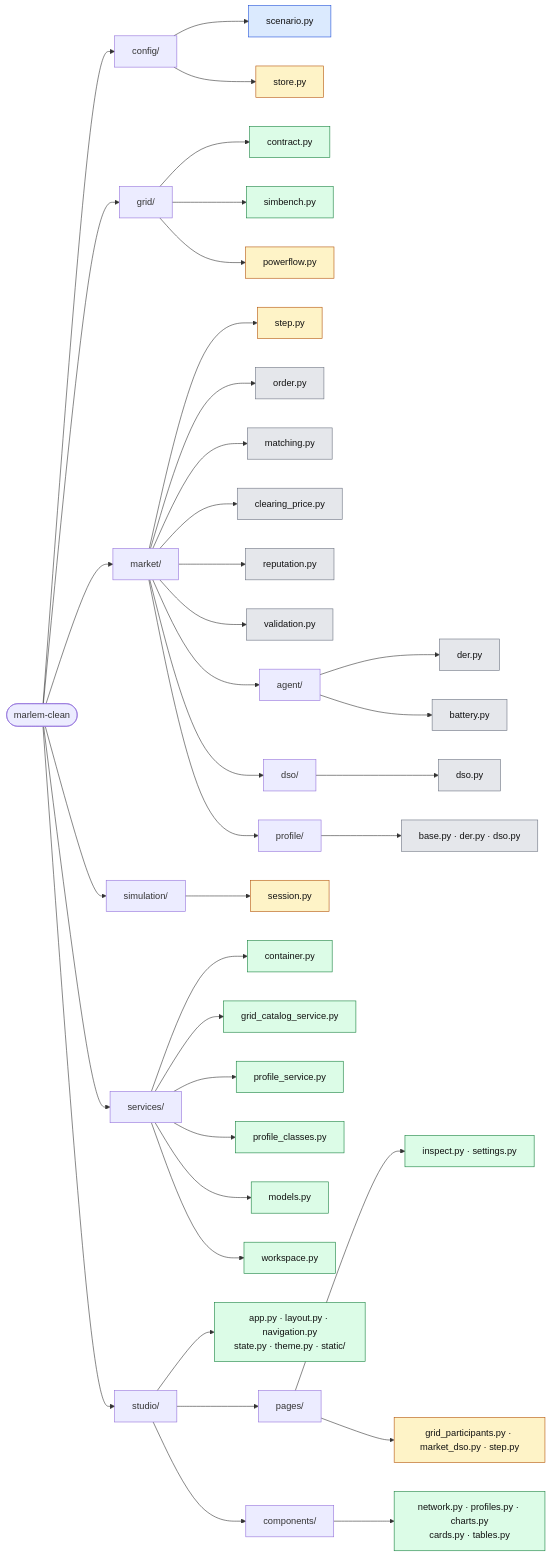
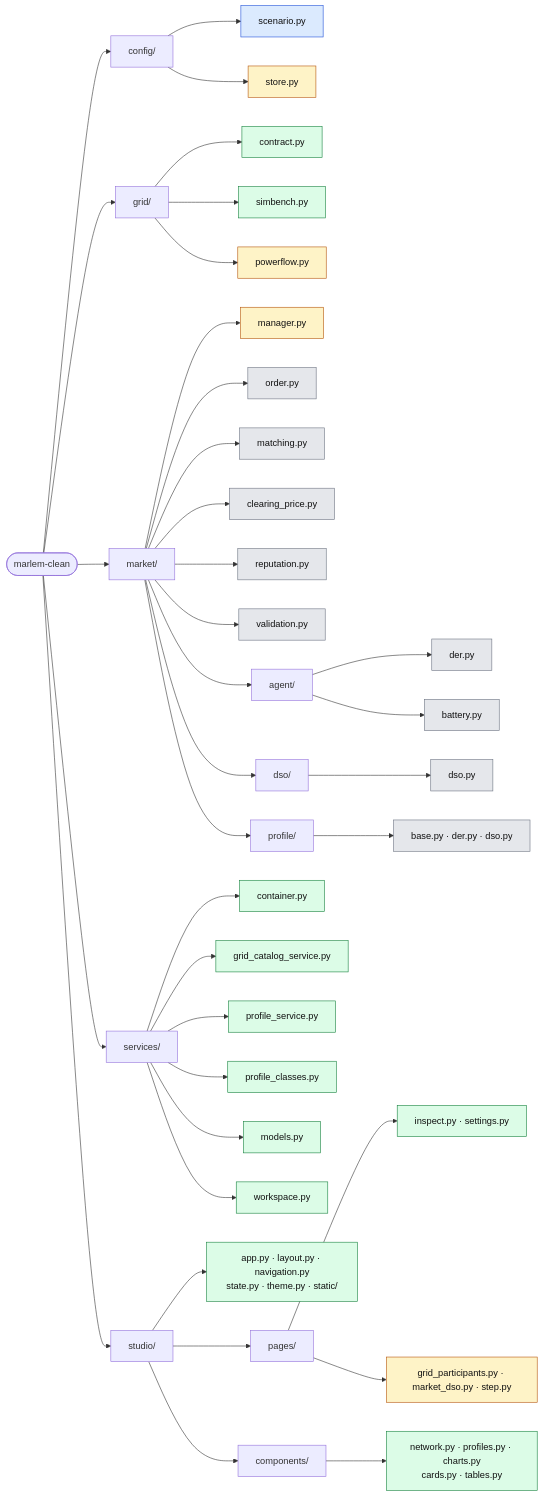
One commit to KevinRapo/P2P-thesis changed the diagram in docs/structure.md. Above: the diagram before and after it, drawn with Mermaid. The commit also changed other lines of this file and 9 other files, not shown here.

First line of the commit message:
refactor(market): one MarketManager runs the market step and its power flow

````diff
--- a/docs/structure.md
+++ b/docs/structure.md
@@ -11,52 +11,49 @@
 ```mermaid
 flowchart LR
   root(["marlem-clean"])
 
   root --> config["config/"]
   config --> c1["scenario.py"]:::data
   config --> c2["store.py"]:::stub
 
   root --> grid["grid/"]
   grid --> g1["contract.py"]:::done
   grid --> g2["simbench.py"]:::done
   grid --> g3["powerflow.py"]:::stub
 
   root --> market["market/"]
-  market --> m1["step.py"]:::stub
+  market --> m1["manager.py"]:::stub
   market --> m2["order.py"]:::orig
   market --> m3["matching.py"]:::orig
   market --> m4["clearing_price.py"]:::orig
   market --> m5["reputation.py"]:::orig
   market --> m6["validation.py"]:::orig
   market --> agent["agent/"]
   agent --> a1["der.py"]:::orig
   agent --> a2["battery.py"]:::orig
   market --> dso["dso/"]
   dso --> d1["dso.py"]:::orig
   market --> profile["profile/"]
   profile --> p1["base.py · der.py · dso.py"]:::orig
-
-  root --> sim["simulation/"]
-  sim --> s1["session.py"]:::stub
 
   root --> services["services/"]
   services --> v1["container.py"]:::done
   services --> v2["grid_catalog_service.py"]:::done
   services --> v3["profile_service.py"]:::done
   services --> v4["profile_classes.py"]:::done
   services --> v5["models.py"]:::done
   services --> v6["workspace.py"]:::done
 
   root --> studio["studio/"]
   studio --> t1["app.py · layout.py · navigation.py<br/>state.py · theme.py · static/"]:::done
   studio --> pages["pages/"]
   pages --> pg1["inspect.py · settings.py"]:::done
   pages --> pg2["grid_participants.py · market_dso.py · step.py"]:::stub
   studio --> comps["components/"]
   comps --> k1["network.py · profiles.py · charts.py<br/>cards.py · tables.py"]:::done
 
   classDef done fill:#dcfce7,stroke:#15803d,color:#111
   classDef data fill:#dbeafe,stroke:#1d4ed8,color:#111
   classDef stub fill:#fef3c7,stroke:#b45309,color:#111
   classDef orig fill:#e5e7eb,stroke:#6b7280,color:#111
 ```
````
